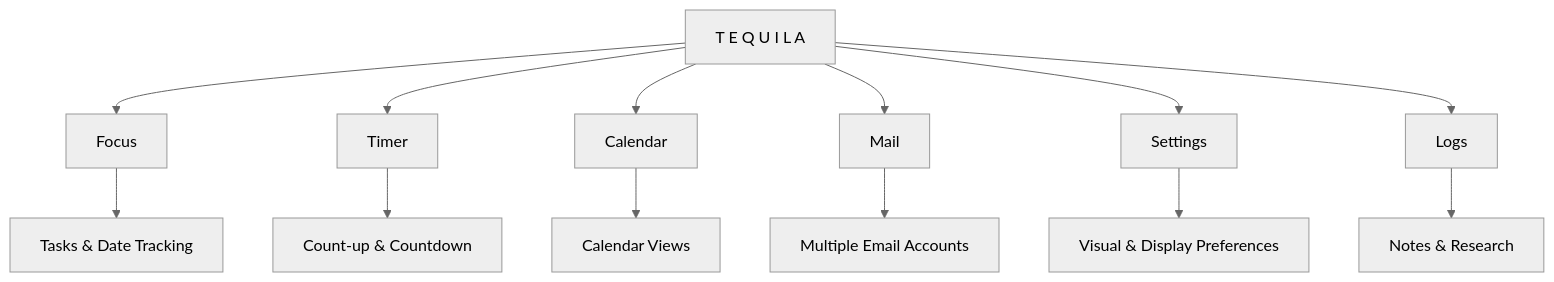
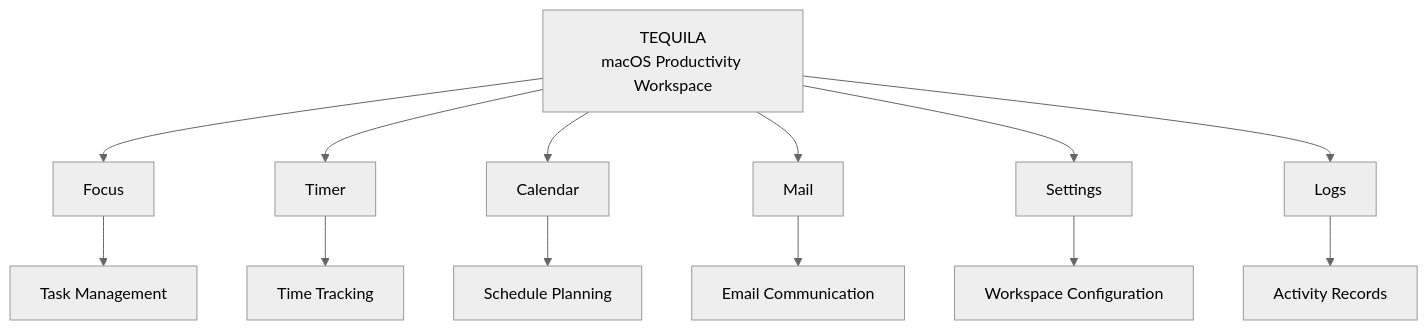
The diagram in README.md (caiyuyou1227-glitch/tequila), drawn with Mermaid (neutral theme) before and after one commit. The commit also changed other lines of this file, not shown here.

````diff
--- a/README.md
+++ b/README.md
@@ -38,16 +58,18 @@
 ```mermaid
 flowchart TD
-    A["T E Q U I L A"] --> B["Focus"]
+    A["TEQUILA<br/>macOS Productivity Workspace"]
+
+    A --> B["Focus"]
     A --> C["Timer"]
     A --> D["Calendar"]
     A --> E["Mail"]
     A --> F["Settings"]
     A --> G["Logs"]
 
-    B --> H["Tasks & Date Tracking"]
-    C --> I["Count-up & Countdown"]
-    D --> J["Calendar Views"]
-    E --> K["Multiple Email Accounts"]
-    F --> L["Visual & Display Preferences"]
-    G --> M["Notes & Research"]
+    B --> H["Task Management"]
+    C --> I["Time Tracking"]
+    D --> J["Schedule Planning"]
+    E --> K["Email Communication"]
+    F --> L["Workspace Configuration"]
+    G --> M["Activity Records"]
 ```
````
